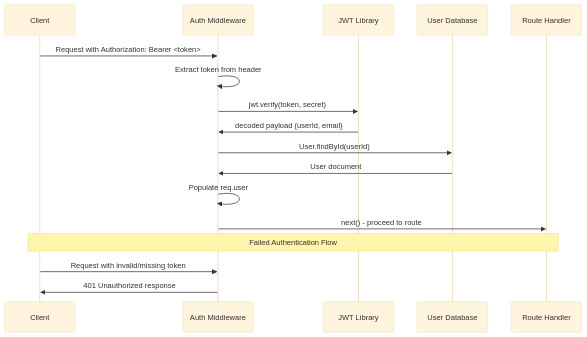
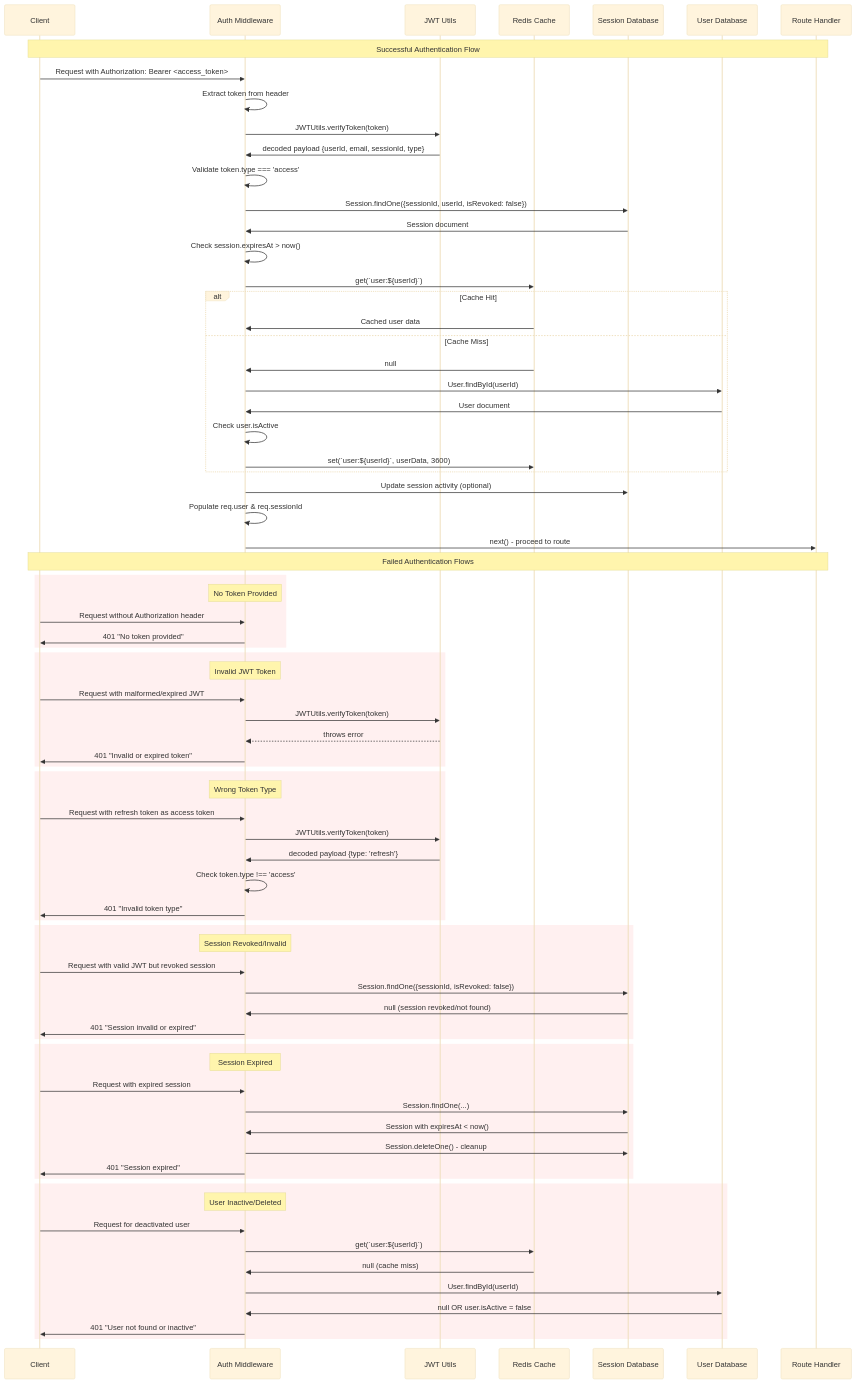
Before and after one commit to swataswayam-14/vervious: the third of 10 diagrams in SystemArchitecture.md, drawn with Mermaid (base theme).

Commit message:
Update auth middleware flow

````diff
--- a/SystemArchitecture.md
+++ b/SystemArchitecture.md
@@ -68,20 +68,90 @@
 sequenceDiagram
     participant Client
     participant Gateway as Auth Middleware
-    participant JWT as JWT Library
-    participant MongoDB as User Database
+    participant JWT as JWT Utils
+    participant Redis as Redis Cache
+    participant SessionDB as Session Database
+    participant UserDB as User Database
     participant Handler as Route Handler
 
-    Client->>Gateway: Request with Authorization: Bearer <token>
+    Note over Client,Handler: Successful Authentication Flow
+    Client->>Gateway: Request with Authorization: Bearer <access_token>
     Gateway->>Gateway: Extract token from header
-    Gateway->>JWT: jwt.verify(token, secret)
-    JWT->>Gateway: decoded payload {userId, email}
-    Gateway->>MongoDB: User.findById(userId)
-    MongoDB->>Gateway: User document
-    Gateway->>Gateway: Populate req.user
+    
+    Gateway->>JWT: JWTUtils.verifyToken(token)
+    JWT->>Gateway: decoded payload {userId, email, sessionId, type}
+    
+    Gateway->>Gateway: Validate token.type === 'access'
+    
+    Gateway->>SessionDB: Session.findOne({sessionId, userId, isRevoked: false})
+    SessionDB->>Gateway: Session document
+    
+    Gateway->>Gateway: Check session.expiresAt > now()
+    
+    Gateway->>Redis: get(`user:${userId}`)
+    alt Cache Hit
+        Redis->>Gateway: Cached user data
+    else Cache Miss
+        Redis->>Gateway: null
+        Gateway->>UserDB: User.findById(userId)
+        UserDB->>Gateway: User document
+        Gateway->>Gateway: Check user.isActive
+        Gateway->>Redis: set(`user:${userId}`, userData, 3600)
+    end
+    
+    Gateway->>SessionDB: Update session activity (optional)
+    Gateway->>Gateway: Populate req.user & req.sessionId
     Gateway->>Handler: next() - proceed to route
+
+    Note over Client,Handler: Failed Authentication Flows
     
-    Note over Client,Handler: Failed Authentication Flow
-    Client->>Gateway: Request with invalid/missing token
-    Gateway->>Client: 401 Unauthorized response
+    rect rgb(255, 240, 240)
+        Note over Gateway: No Token Provided
+        Client->>Gateway: Request without Authorization header
+        Gateway->>Client: 401 "No token provided"
+    end
+    
+    rect rgb(255, 240, 240)
+        Note over Gateway: Invalid JWT Token
+        Client->>Gateway: Request with malformed/expired JWT
+        Gateway->>JWT: JWTUtils.verifyToken(token)
+        JWT-->>Gateway: throws error
+        Gateway->>Client: 401 "Invalid or expired token"
+    end
+    
+    rect rgb(255, 240, 240)
+        Note over Gateway: Wrong Token Type
+        Client->>Gateway: Request with refresh token as access token
+        Gateway->>JWT: JWTUtils.verifyToken(token)
+        JWT->>Gateway: decoded payload {type: 'refresh'}
+        Gateway->>Gateway: Check token.type !== 'access'
+        Gateway->>Client: 401 "Invalid token type"
+    end
+    
+    rect rgb(255, 240, 240)
+        Note over Gateway: Session Revoked/Invalid
+        Client->>Gateway: Request with valid JWT but revoked session
+        Gateway->>SessionDB: Session.findOne({sessionId, isRevoked: false})
+        SessionDB->>Gateway: null (session revoked/not found)
+        Gateway->>Client: 401 "Session invalid or expired"
+    end
+    
+    rect rgb(255, 240, 240)
+        Note over Gateway: Session Expired
+        Client->>Gateway: Request with expired session
+        Gateway->>SessionDB: Session.findOne(...)
+        SessionDB->>Gateway: Session with expiresAt < now()
+        Gateway->>SessionDB: Session.deleteOne() - cleanup
+        Gateway->>Client: 401 "Session expired"
+    end
+    
+    rect rgb(255, 240, 240)
+        Note over Gateway: User Inactive/Deleted
+        Client->>Gateway: Request for deactivated user
+        Gateway->>Redis: get(`user:${userId}`)
+        Redis->>Gateway: null (cache miss)
+        Gateway->>UserDB: User.findById(userId)
+        UserDB->>Gateway: null OR user.isActive = false
+        Gateway->>Client: 401 "User not found or inactive"
+    end
 ```
````
